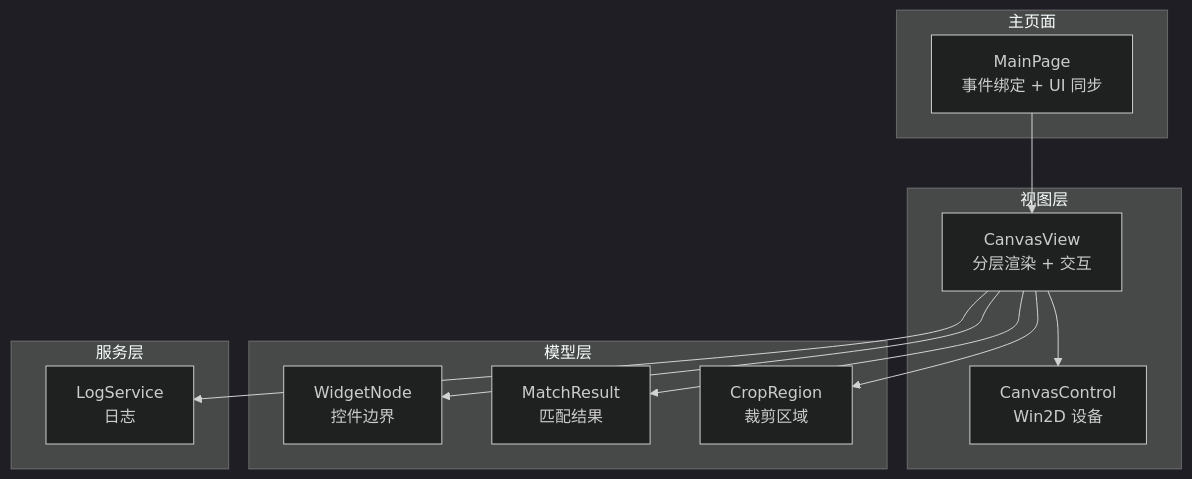
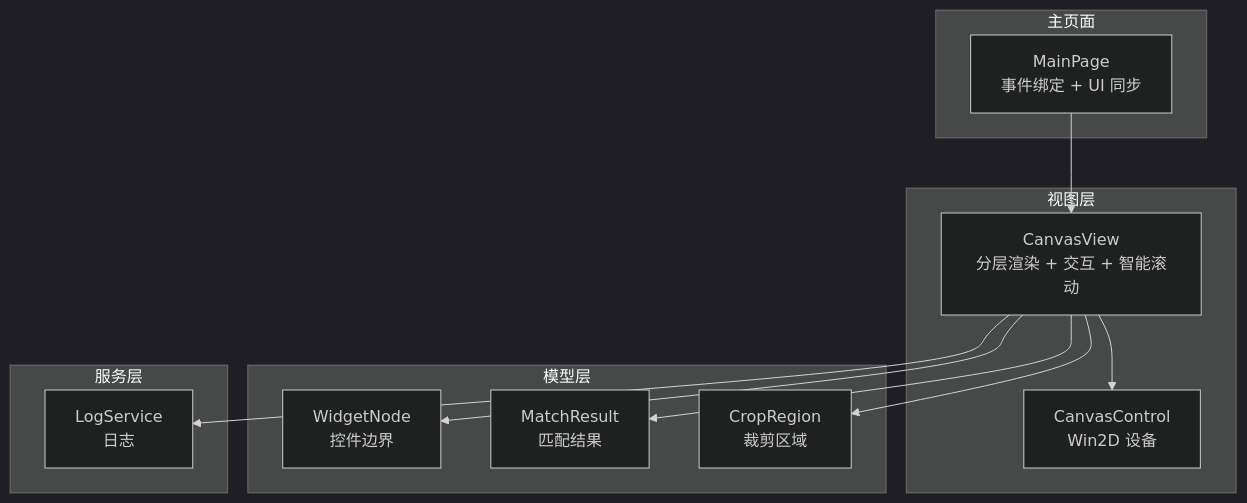
Before and after one commit to terwer/autojs6-dev-tools: the first of 9 diagrams in .qoder/repowiki/zh/content/用户界面设计/Canvas 高性能渲染系统.md, drawn with Mermaid (dark theme). The commit also changed other lines of this file and 10 other files, not shown here.

````diff
--- a/.qoder/repowiki/zh/content/用户界面设计/Canvas 高性能渲染系统.md
+++ b/.qoder/repowiki/zh/content/用户界面设计/Canvas 高性能渲染系统.md
@@ -37,24 +45,24 @@
 ```mermaid
 graph TB
 subgraph "视图层"
-CV["CanvasView<br/>分层渲染 + 交互"]
+CV["CanvasView<br/>分层渲染 + 交互 + 智能滚动"]
 CC["CanvasControl<br/>Win2D 设备"]
 end
 subgraph "模型层"
 WN["WidgetNode<br/>控件边界"]
 MR["MatchResult<br/>匹配结果"]
 CR["CropRegion<br/>裁剪区域"]
 end
 subgraph "服务层"
 LS["LogService<br/>日志"]
 end
 subgraph "主页面"
 MP["MainPage<br/>事件绑定 + UI 同步"]
 end
 MP --> CV
 CV --> CC
 CV --> WN
 CV --> MR
 CV --> CR
 CV --> LS
 ```
````
